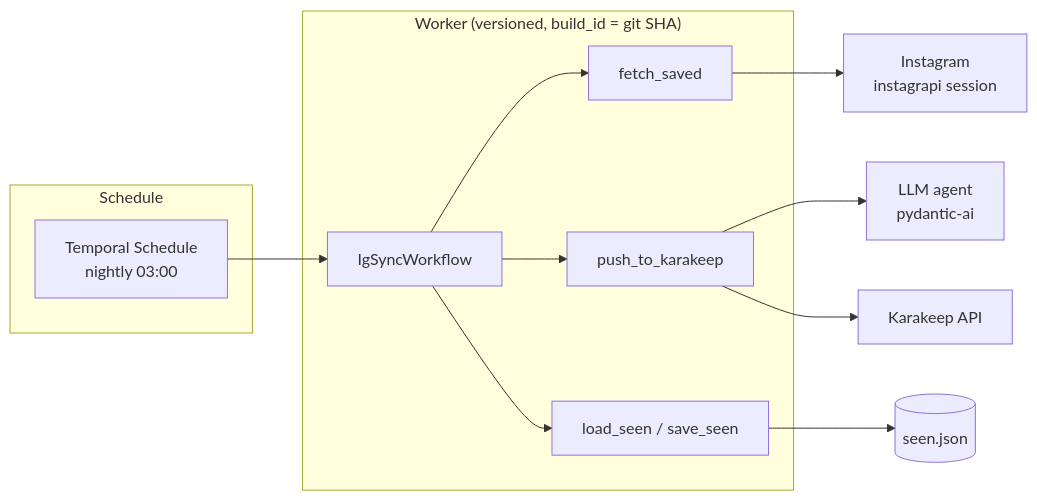
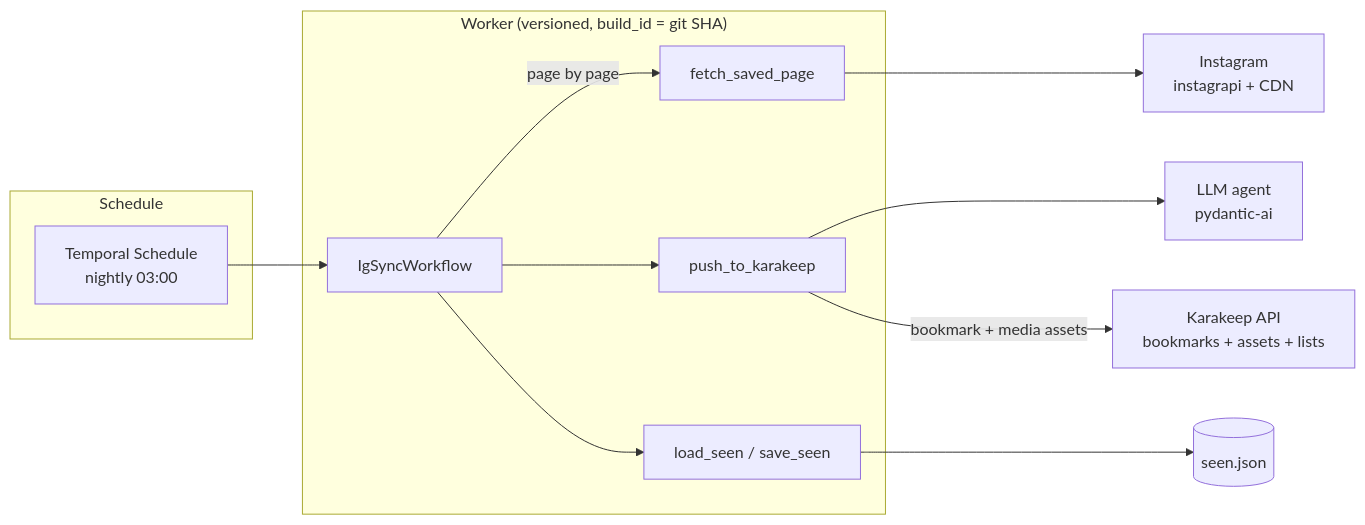
The diagram in README.md (abriemme/temporal-tests), drawn with Mermaid before and after one commit. The commit also changed other lines of this file and 25 other files, not shown here.

````diff
--- a/README.md
+++ b/README.md
@@ -28,21 +47,21 @@
 ```mermaid
 flowchart LR
     subgraph Schedule
         S[Temporal Schedule\nnightly 03:00]
     end
     subgraph Worker ["Worker (versioned, build_id = git SHA)"]
         W[IgSyncWorkflow]
-        A1[fetch_saved]
+        A1[fetch_saved_page]
         A2[push_to_karakeep]
         A3[load_seen / save_seen]
     end
-    IG[Instagram\ninstagrapi session]
+    IG[Instagram\ninstagrapi + CDN]
     LLM[LLM agent\npydantic-ai]
-    KK[Karakeep API]
+    KK[Karakeep API\nbookmarks + assets + lists]
 
     S --> W
-    W --> A1 --> IG
+    W -->|page by page| A1 --> IG
     W --> A2 --> LLM
-    A2 --> KK
+    A2 -->|bookmark + media assets| KK
     W --> A3 --> F[(seen.json)]
 ```
````
